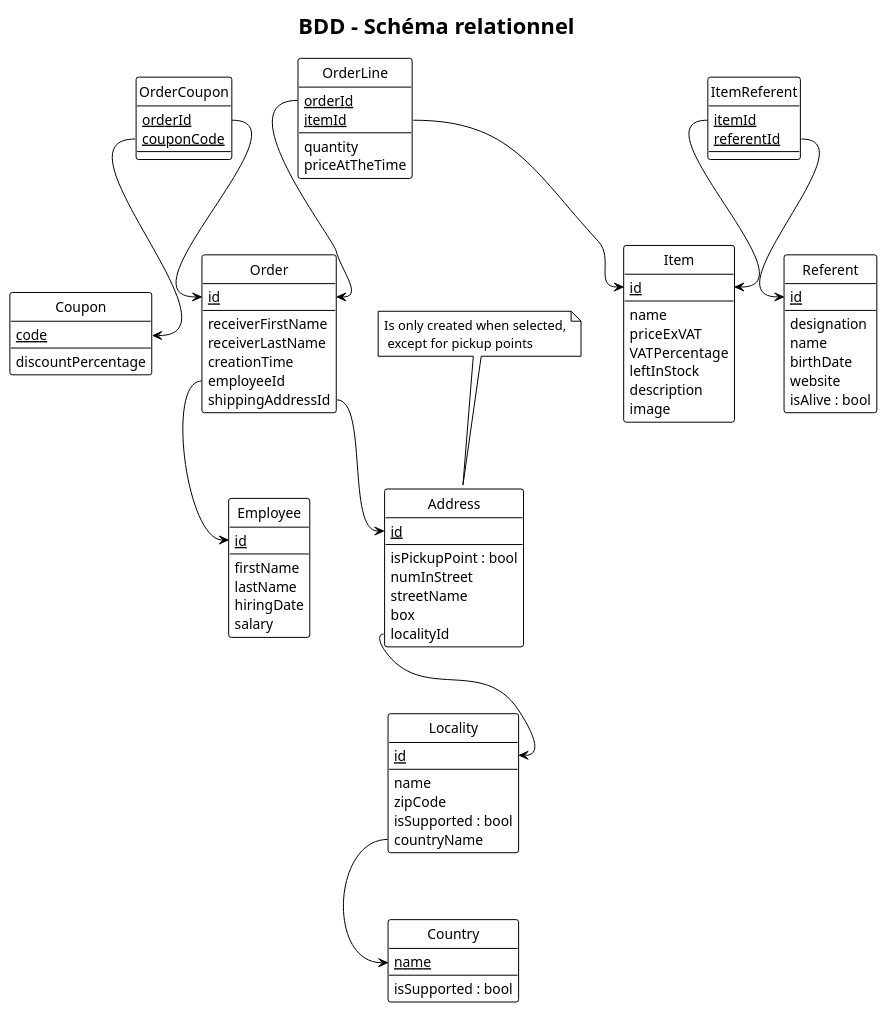
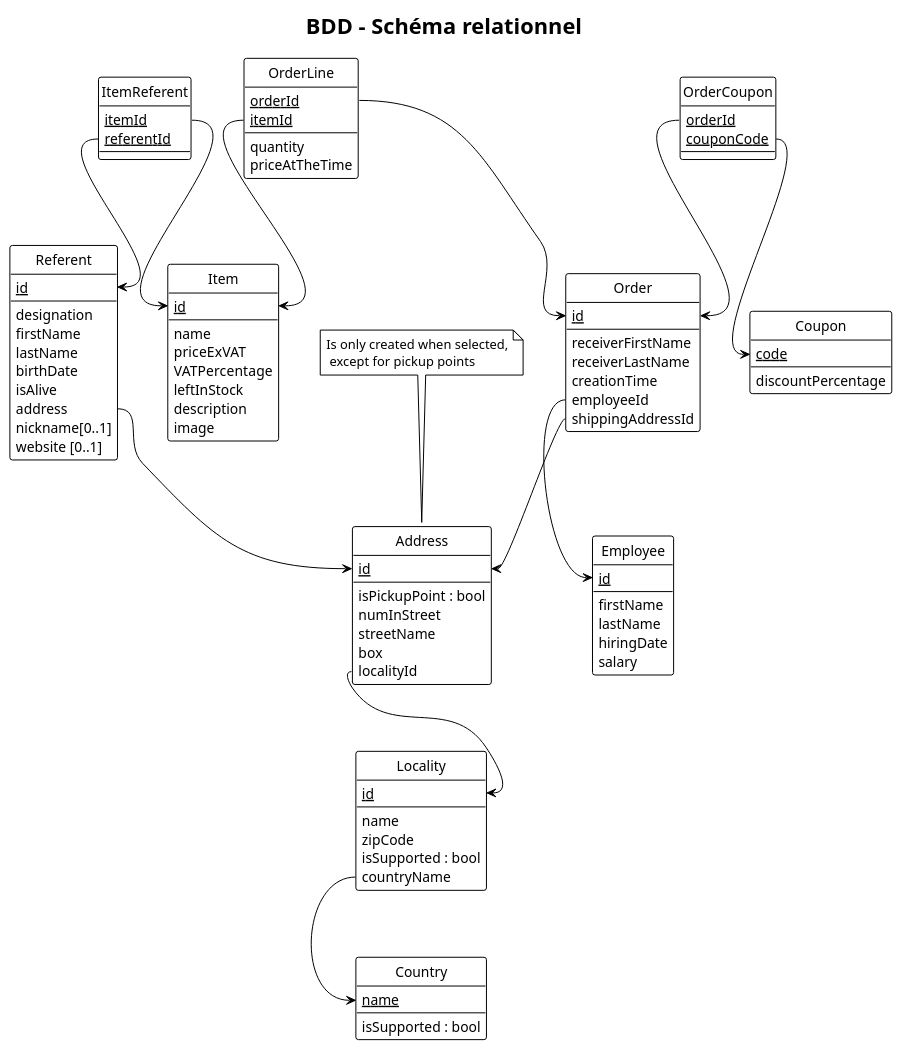
The diagram in BDD_Schéma_relationnel.puml (Keaexe/advanced_POO), drawn with PlantUML before and after one commit.

Commit message:
fix(relational model): update to reflect the EA model

```diff
--- a/BDD_Schéma_relationnel.puml
+++ b/BDD_Schéma_relationnel.puml
@@ -1,106 +1,110 @@
 @startuml BDD - Schéma relationnel
 title BDD - Schéma relationnel
 !theme plain
 hide circle
 
 entity Item {
     <u>id</u>
     --
     name
     priceExVAT
     VATPercentage
     leftInStock
     description
     image
 }
 
 entity Referent {
     <u>id</u>
     --
     designation
-    name
+    firstName
+    lastName
     birthDate
-    website
-    isAlive : bool
+    isAlive
+    address
+    nickname[0..1]
+    website [0..1]
 }
 
 entity "Order" as OrderTable {
     <u>id</u>
     --
     receiverFirstName
     receiverLastName
     creationTime
     employeeId
     shippingAddressId
 }
 
 entity OrderLine {
     <u>orderId</u>
     <u>itemId</u>
     --
     quantity
     priceAtTheTime
 }
 
 entity Coupon {
     <u>code</u>
     --
     discountPercentage
 }
 
 entity Employee {
     <u>id</u>
     --
     firstName
     lastName
     hiringDate
     salary
 }
 
 entity Country {
     <u>name</u>
     --
     isSupported : bool
 }
 
 entity Locality {
     <u>id</u>
     --
     name
     zipCode
     isSupported : bool
     countryName
 }
 
 entity Address {
     <u>id</u>
     --
     isPickupPoint : bool
     numInStreet
     streetName
     box
     localityId
 }
 note top of Address : Is only created when selected,\n except for pickup points
 
 entity OrderCoupon {
     <u>orderId</u>
     <u>couponCode</u>
 }
 
 entity ItemReferent {
     <u>itemId</u>
     <u>referentId</u>
 }
 
 OrderTable::employeeId --> Employee::id
 OrderTable::shippingAddressId --> Address::id
 OrderLine::orderId --> OrderTable::id
 OrderLine::itemId --> Item::id
 Locality::countryName --> Country::name
 Address::localityId --> Locality::id
 OrderCoupon::orderId --> OrderTable::id
 OrderCoupon::couponCode --> Coupon::code
 ItemReferent::itemId --> Item::id
 ItemReferent::referentId --> Referent::id
+Referent::address --> Address::id
 @enduml
```
